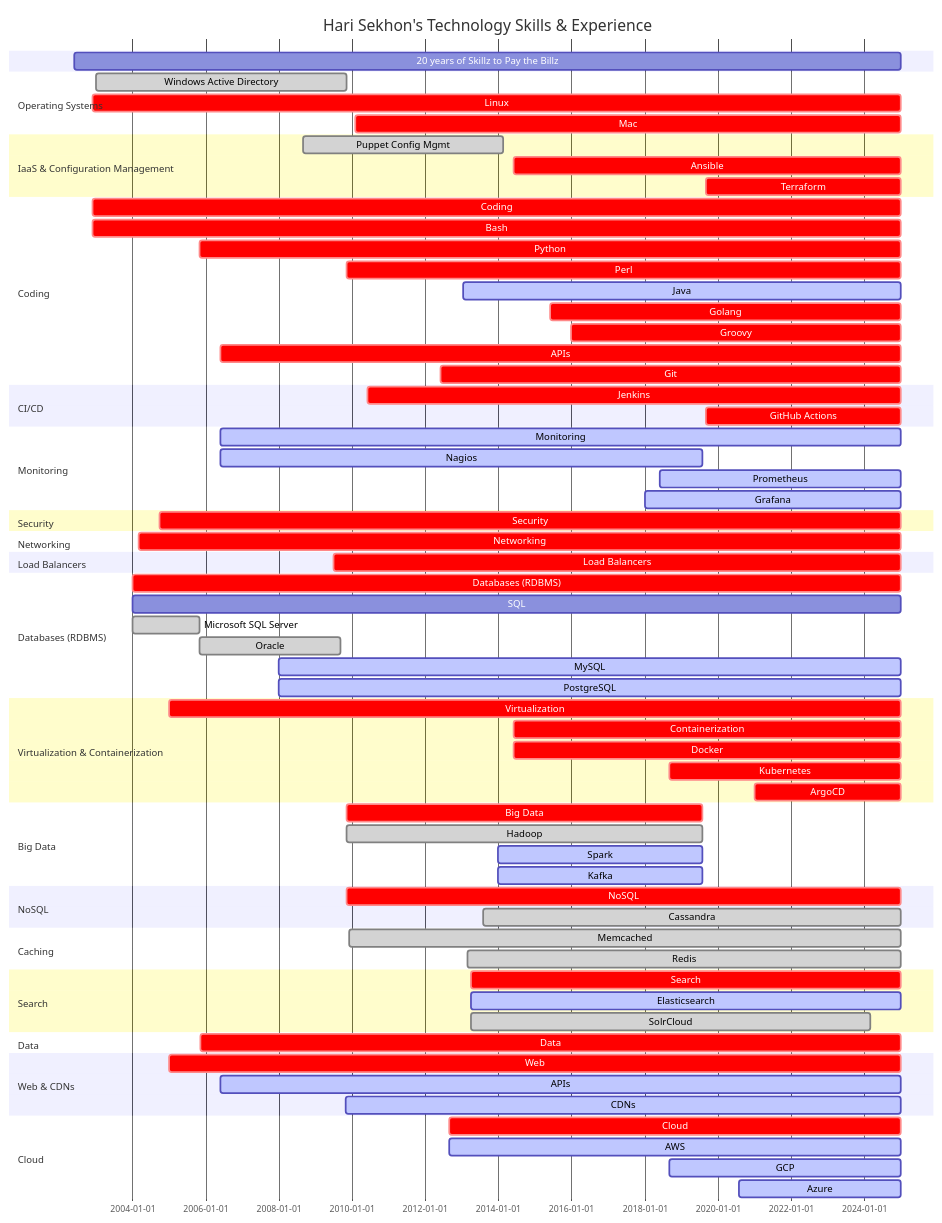
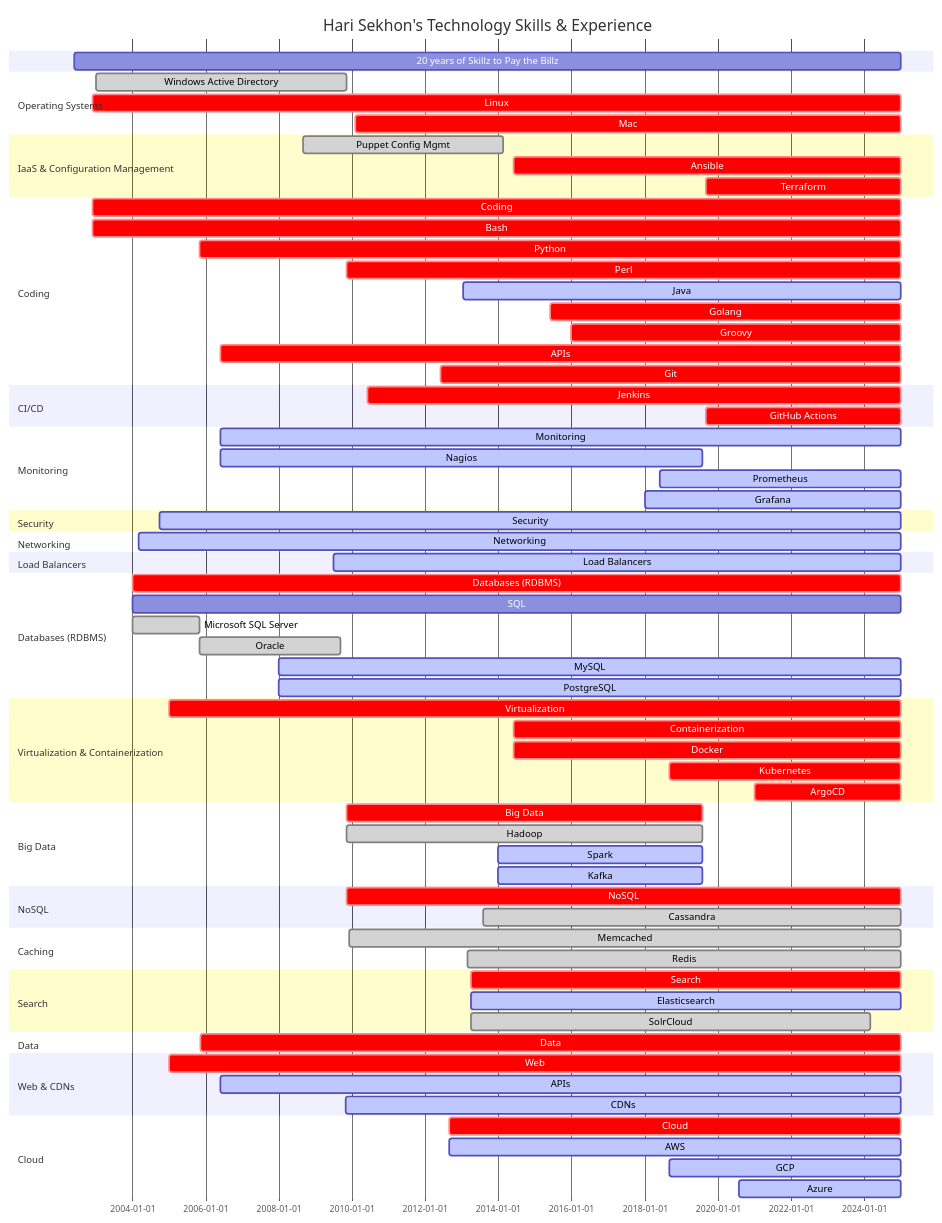
One commit to HariSekhon/HariSekhon changed the diagram in README.md. Above: the diagram before and after it, drawn with Mermaid.

```diff
--- a/README.md
+++ b/README.md
@@ -348,19 +348,19 @@
     %%Datadog                : done, 2022-08-20, 2023-09-17
 
     section Security
-    Security               : crit, 2004-10-01, 2024-12-31
+    Security               : active, 2004-10-01, 2024-12-31
     %%Kerberos               : active, 2006-06-01, 2024-12-31
     %%LDAP                   : active, 2006-06-01, 2024-12-31
 
     section Networking
-    Networking             : crit, 2004-03-01, 2024-12-31
+    Networking             : active, 2004-03-01, 2024-12-31
     %%VPNs                   : active, 2006-06-01, 2024-12-31
     %%Cisco - IOS / NX-OS    : done, 2004-03-01, 2024-12-31
     %%Juniper - Netscreen / SSG / SRX / ScreenOS / JunOS : done, 2007-01-01, 2013-01-18
     %%Netgear                : done, 2005-01-01, 2012-12-31
 
     section Load Balancers
-    Load Balancers         : crit, 2009-07-01, 2024-12-31
+    Load Balancers         : active, 2009-07-01, 2024-12-31
     %%LVS                    : done, 2009-01-01, 2009-11-11
     %%Foundry - ServerIron XL / 4G : done, 2009-10-13, 2011-11-31
     %%F5 BigIP               : done, 2010-06-01, 2013-01-18
```
